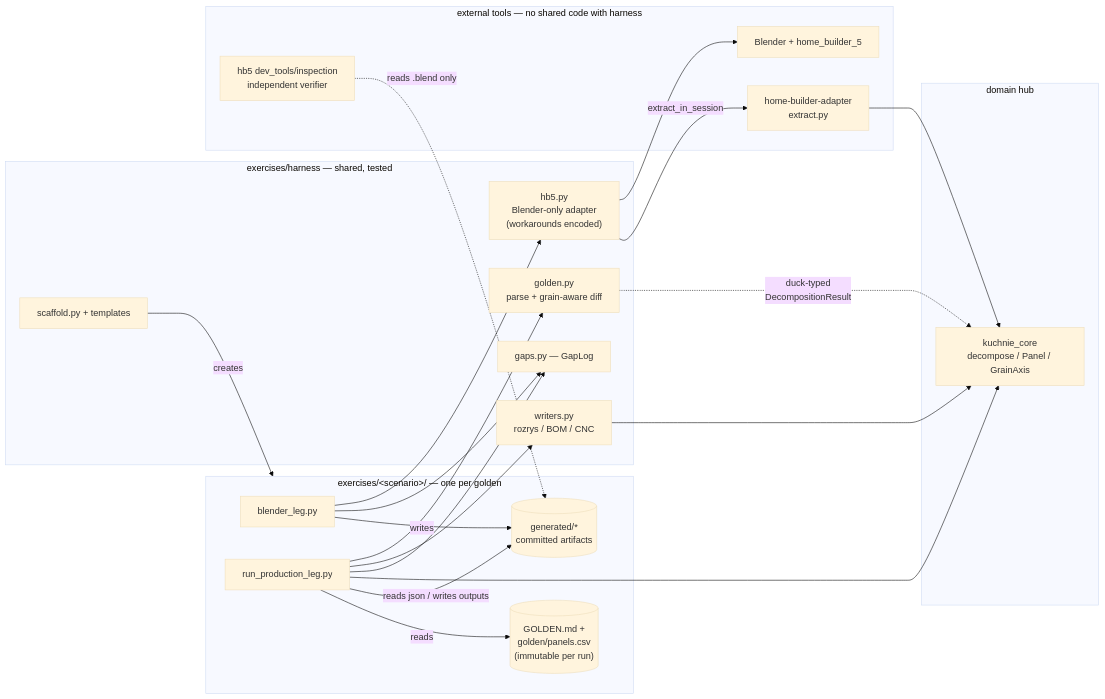
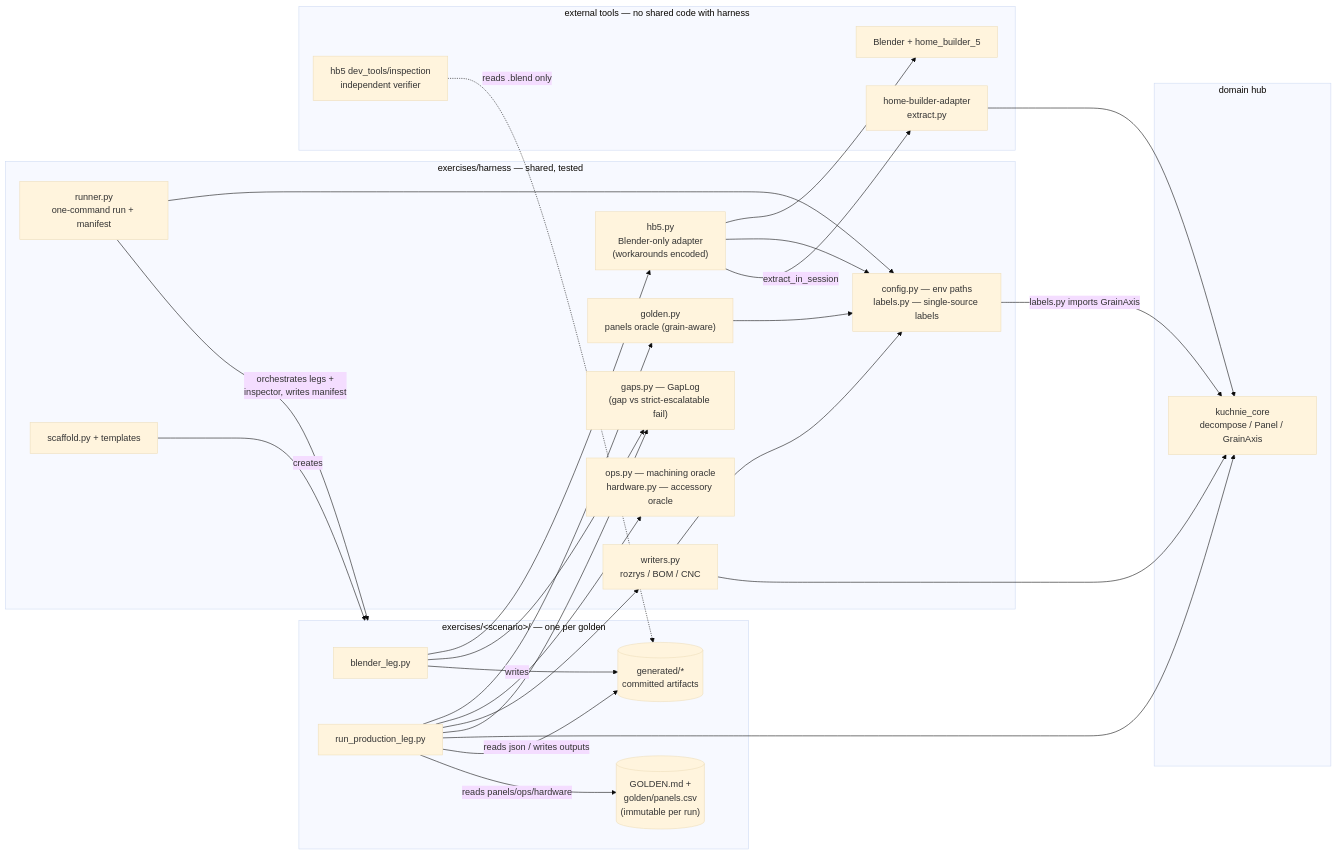
One commit to m1981/kuchnie changed the first of 4 diagrams in docs/e2e-exercise-convention.md. Above: the diagram before and after it, drawn with Mermaid (base theme). The commit also changed other lines of this file and 20 other files, not shown here.

First line of the commit message:
harness r2: three-oracle diffing, one-command runner + manifest, env paths, strict mode (wk-8527c57c)

````diff
--- a/docs/e2e-exercise-convention.md
+++ b/docs/e2e-exercise-convention.md
@@ -144,44 +185,53 @@
 ```mermaid
 flowchart LR
     subgraph scenario ["exercises/&lt;scenario&gt;/ — one per golden"]
         BL[blender_leg.py]
         PL[run_production_leg.py]
         GLD[("GOLDEN.md +<br/>golden/panels.csv<br/>(immutable per run)")]
         GEN[("generated/*<br/>committed artifacts")]
     end
 
     subgraph harness ["exercises/harness — shared, tested"]
+        RU["runner.py<br/>one-command run + manifest"]
         HB["hb5.py<br/>Blender-only adapter<br/>(workarounds encoded)"]
-        GO["golden.py<br/>parse + grain-aware diff"]
+        GO["golden.py<br/>panels oracle (grain-aware)"]
+        OPS["ops.py — machining oracle<br/>hardware.py — accessory oracle"]
         WR["writers.py<br/>rozrys / BOM / CNC"]
-        GA["gaps.py — GapLog"]
+        GA["gaps.py — GapLog<br/>(gap vs strict-escalatable fail)"]
+        CFG["config.py — env paths<br/>labels.py — single-source labels"]
         SC["scaffold.py + templates"]
     end
 
     subgraph domain ["domain hub"]
         KC["kuchnie_core<br/>decompose / Panel / GrainAxis"]
     end
 
     subgraph ext ["external tools — no shared code with harness"]
         B5["Blender + home_builder_5"]
         ADP["home-builder-adapter<br/>extract.py"]
         INS["hb5 dev_tools/inspection<br/>independent verifier"]
     end
 
     SC -- "creates" --> scenario
+    RU -- "orchestrates legs +<br/>inspector, writes manifest" --> scenario
     BL --> HB
     BL --> GA
     PL --> GO
+    PL --> OPS
     PL --> WR
     PL --> GA
     PL --> KC
     HB --> B5
+    HB --> CFG
+    RU --> CFG
     HB -- "extract_in_session" --> ADP
     ADP --> KC
+    WR --> CFG
+    GO --> CFG
     WR --> KC
-    GO -. "duck-typed<br/>DecompositionResult" .-> KC
+    CFG -- "labels.py imports GrainAxis" --> KC
     BL -- "writes" --> GEN
     PL -- "reads json / writes outputs" --> GEN
-    PL -- "reads" --> GLD
+    PL -- "reads panels/ops/hardware" --> GLD
     INS -. "reads .blend only" .-> GEN
 ```
````
